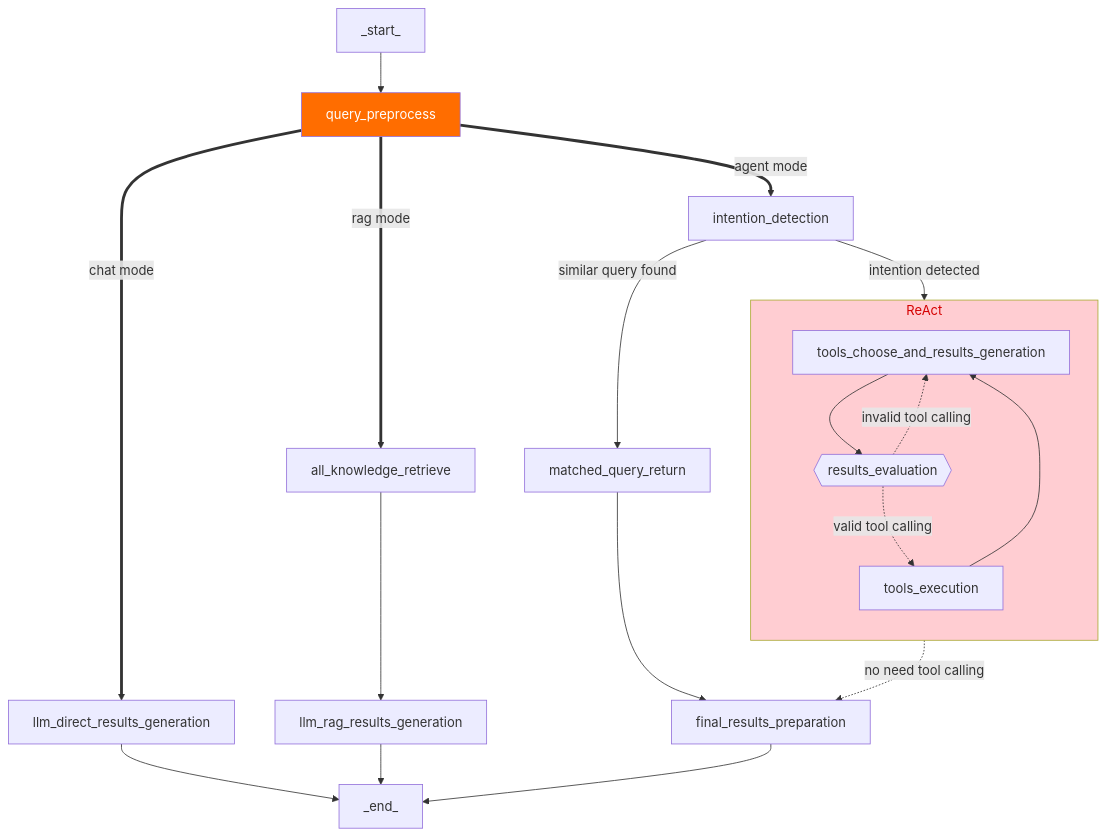
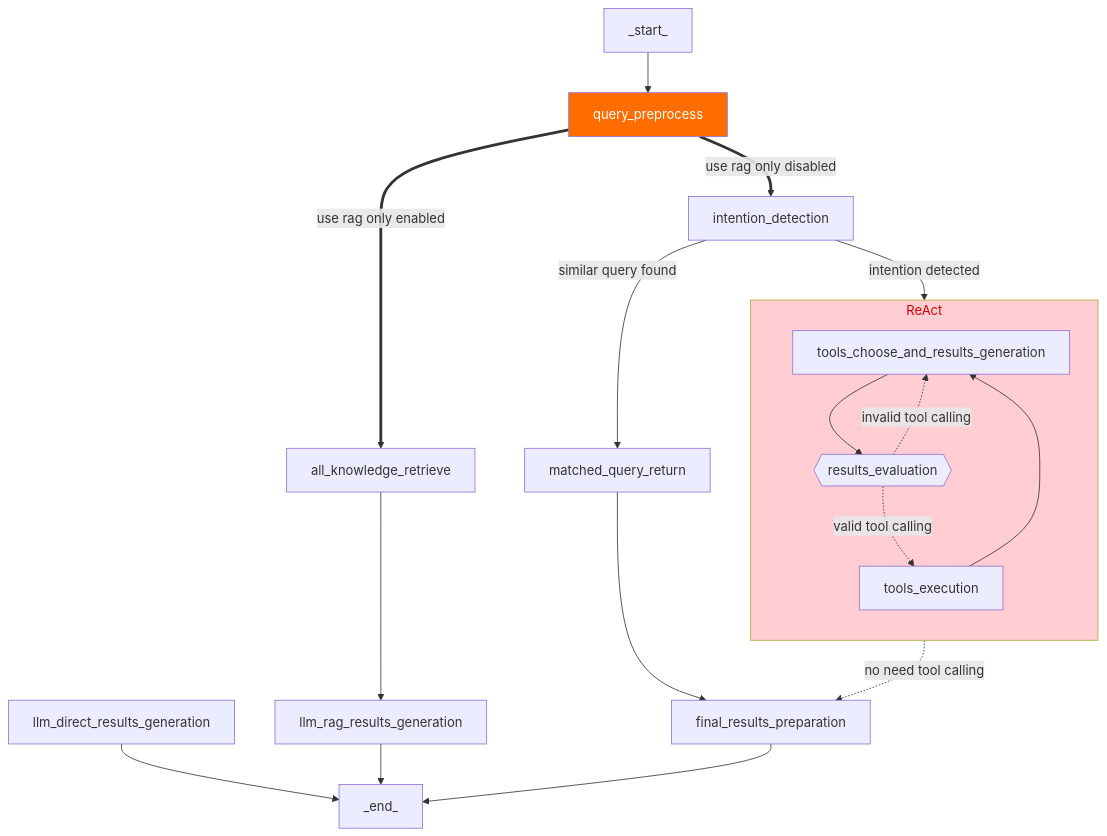
Before and after one commit to aws-samples/Intelli-Agent: the diagram in README_zh-cn.md, drawn with Mermaid.

````diff
--- a/README_zh-cn.md
+++ b/README_zh-cn.md
@@ -120,37 +120,36 @@
 ```mermaid
 flowchart TD
  subgraph ReAct["ReAct"]
     direction TB
         tools_choose_and_results_generation["tools_choose_and_results_generation"]
         results_evaluation{{"results_evaluation"}}
         tools_execution["tools_execution"]
   end
     _start_["_start_"] --> query_preprocess["query_preprocess"]
-    query_preprocess == chat mode ==> llm_direct_results_generation["llm_direct_results_generation"]
-    query_preprocess == rag mode ==> all_knowledge_retrieve["all_knowledge_retrieve"]
-    query_preprocess == agent mode ==> intention_detection["intention_detection"]
+    query_preprocess == "use rag only" enabled ==> all_knowledge_retrieve["all_knowledge_retrieve"]
+    query_preprocess == "use rag only" disabled ==> intention_detection["intention_detection"]
     all_knowledge_retrieve --> llm_rag_results_generation["llm_rag_results_generation"]
     intention_detection -- similar query found --> matched_query_return["matched_query_return"]
     intention_detection -- intention detected --> tools_choose_and_results_generation
     tools_choose_and_results_generation --> results_evaluation
     results_evaluation -. invalid tool calling .-> tools_choose_and_results_generation
     results_evaluation -. valid tool calling .-> tools_execution
     results_evaluation -. no need tool calling .-> final_results_preparation["final_results_preparation"]
     tools_execution --> tools_choose_and_results_generation
     llm_direct_results_generation --> _end_["_end_"]
     llm_rag_results_generation --> _end_
     matched_query_return --> final_results_preparation
     final_results_preparation --> _end_
      tools_choose_and_results_generation:::process
      results_evaluation:::process
      tools_execution:::process
      query_preprocess:::process
      llm_direct_results_generation:::process
      all_knowledge_retrieve:::process
      intention_detection:::process
      llm_rag_results_generation:::process
      matched_query_return:::process
      final_results_preparation:::process
     style query_preprocess fill:#FF6D00,color:#FFFFFF
     style ReAct fill:#FFCDD2,color:#D50000
 ```
````
